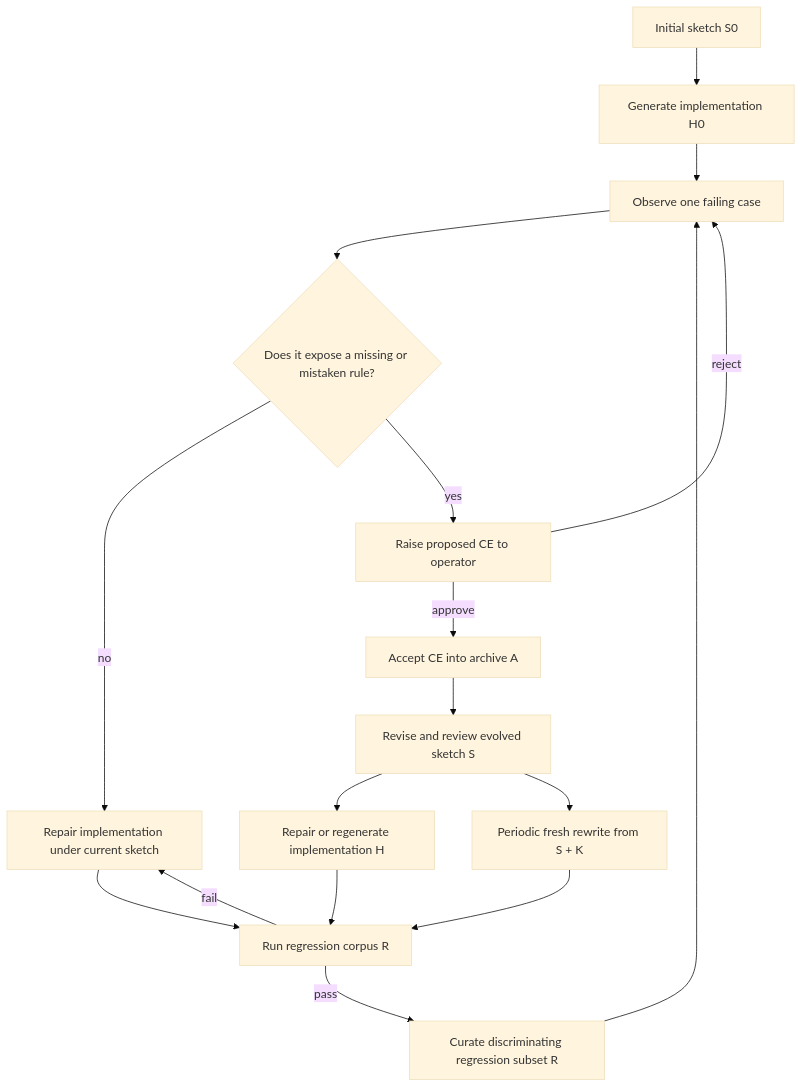
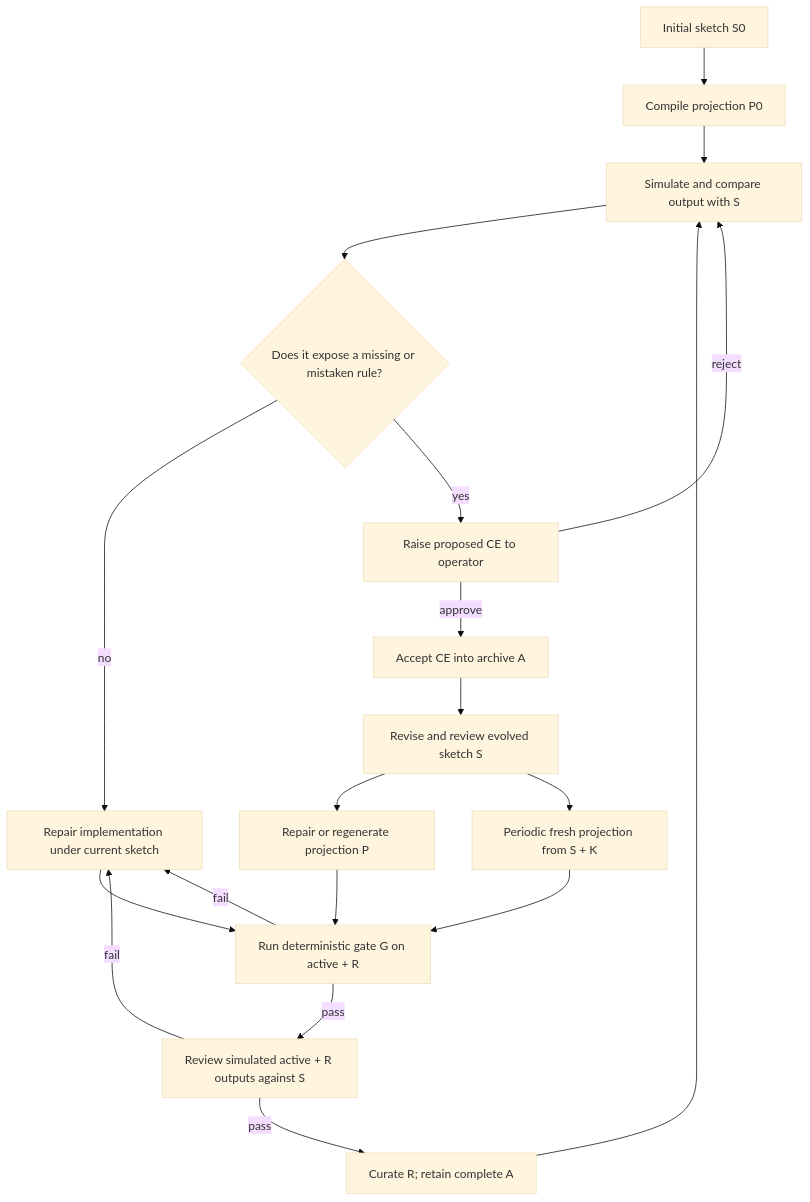
The diagram in README.md (open-horizon-labs/counterexample-supplemented-sketches), drawn with Mermaid (base theme) before and after one commit. The commit also changed other lines of this file and 26 other files, not shown here.

````diff
--- a/README.md
+++ b/README.md
@@ -71,19 +119,21 @@
 ```mermaid
 flowchart TD
-    S0["Initial sketch S0"] --> H0["Generate implementation H0"]
-    H0 --> O["Observe one failing case"]
+    S0["Initial sketch S0"] --> H0["Compile projection P0"]
+    H0 --> O["Simulate and compare output with S"]
     O --> Q{"Does it expose a missing or mistaken rule?"}
     Q -->|no| B["Repair implementation under current sketch"]
-    B --> GR["Run regression corpus R"]
+    B --> GR["Run deterministic gate G on active + R"]
     Q -->|yes| P["Raise proposed CE to operator"]
     P -->|reject| O
     P -->|approve| A["Accept CE into archive A"]
     A --> S["Revise and review evolved sketch S"]
-    S --> H["Repair or regenerate implementation H"]
+    S --> H["Repair or regenerate projection P"]
     H --> GR
+    GR -->|pass| JS["Review simulated active + R outputs against S"]
     GR -->|fail| B
-    GR -->|pass| C["Curate discriminating regression subset R"]
+    JS -->|fail| B
+    JS -->|pass| C["Curate R; retain complete A"]
     C --> O
-    S --> F["Periodic fresh rewrite from S + K"]
+    S --> F["Periodic fresh projection from S + K"]
     F --> GR
 ```
````
